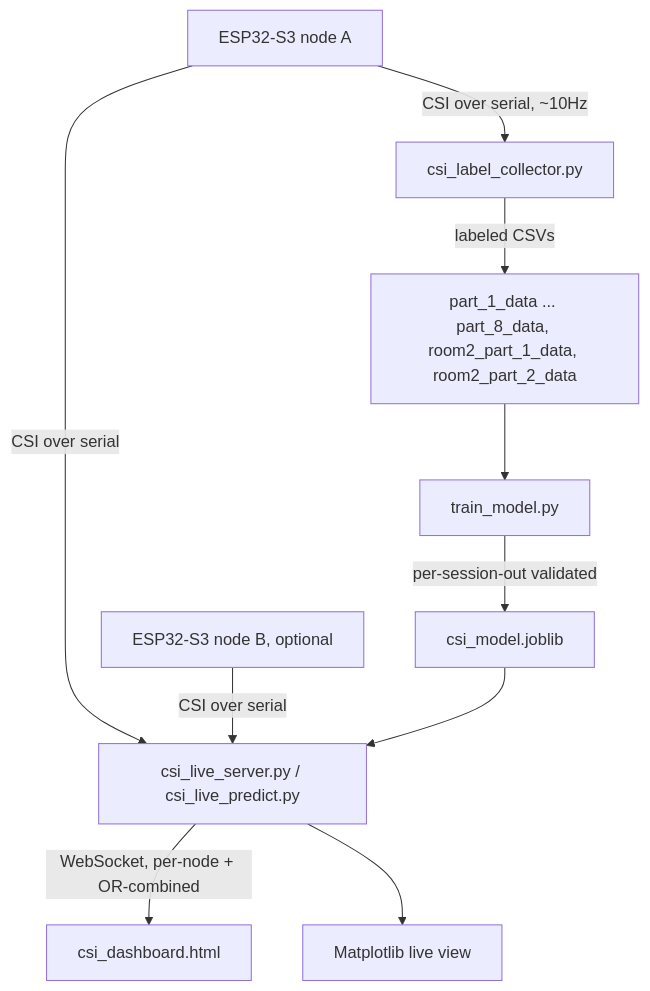
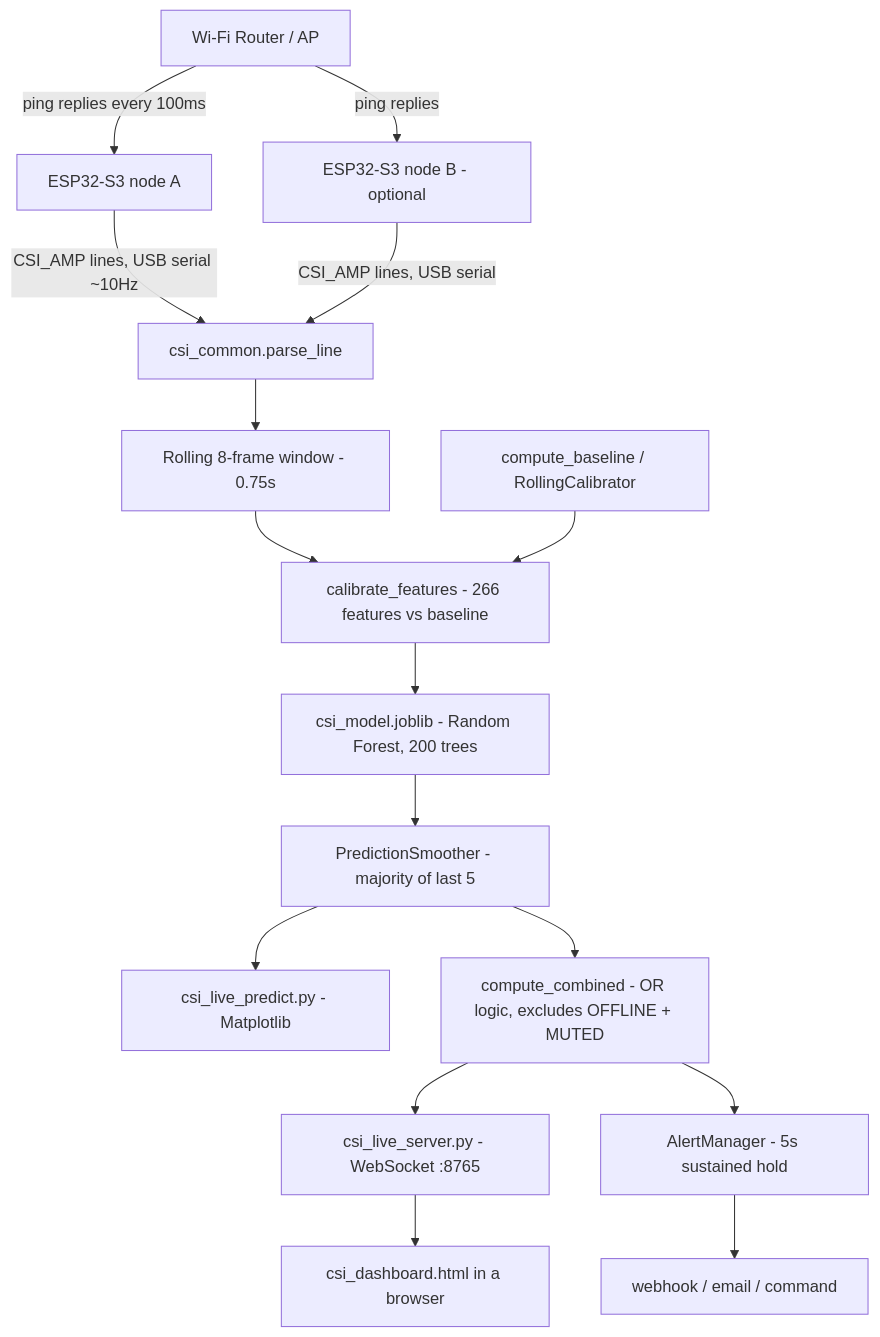
Before and after one commit to IALR/csi-motion-detection: the first of 3 diagrams in README.md, drawn with Mermaid. The commit also changed other lines of this file, not shown here.

Commit message:
model_esp

````diff
--- a/README.md
+++ b/README.md
@@ -21,12 +1349,18 @@
 ```mermaid
 flowchart TD
-    A[ESP32-S3 node A] -->|CSI over serial, ~10Hz| B[csi_label_collector.py]
-    A -->|CSI over serial| E[csi_live_server.py / csi_live_predict.py]
-    A2[ESP32-S3 node B, optional] -->|CSI over serial| E
-    B -->|labeled CSVs| C[part_1_data ... part_8_data, room2_part_1_data, room2_part_2_data]
-    C --> D[train_model.py]
-    D -->|per-session-out validated| F[csi_model.joblib]
-    F --> E
-    E -->|WebSocket, per-node + OR-combined| G[csi_dashboard.html]
-    E --> H[Matplotlib live view]
+    R[Wi-Fi Router / AP] -->|ping replies every 100ms| A[ESP32-S3 node A]
+    R -->|ping replies| B[ESP32-S3 node B - optional]
+    A -->|CSI_AMP lines, USB serial ~10Hz| P[csi_common.parse_line]
+    B -->|CSI_AMP lines, USB serial| P
+    P --> W[Rolling 8-frame window - 0.75s]
+    W --> F[calibrate_features - 266 features vs baseline]
+    CAL[compute_baseline / RollingCalibrator] --> F
+    F --> M[csi_model.joblib - Random Forest, 200 trees]
+    M --> S[PredictionSmoother - majority of last 5]
+    S --> D1[csi_live_predict.py - Matplotlib]
+    S --> OR[compute_combined - OR logic, excludes OFFLINE + MUTED]
+    OR --> WS[csi_live_server.py - WebSocket :8765]
+    OR --> AL[AlertManager - 5s sustained hold]
+    WS --> DB[csi_dashboard.html in a browser]
+    AL --> OUT[webhook / email / command]
 ```
````
